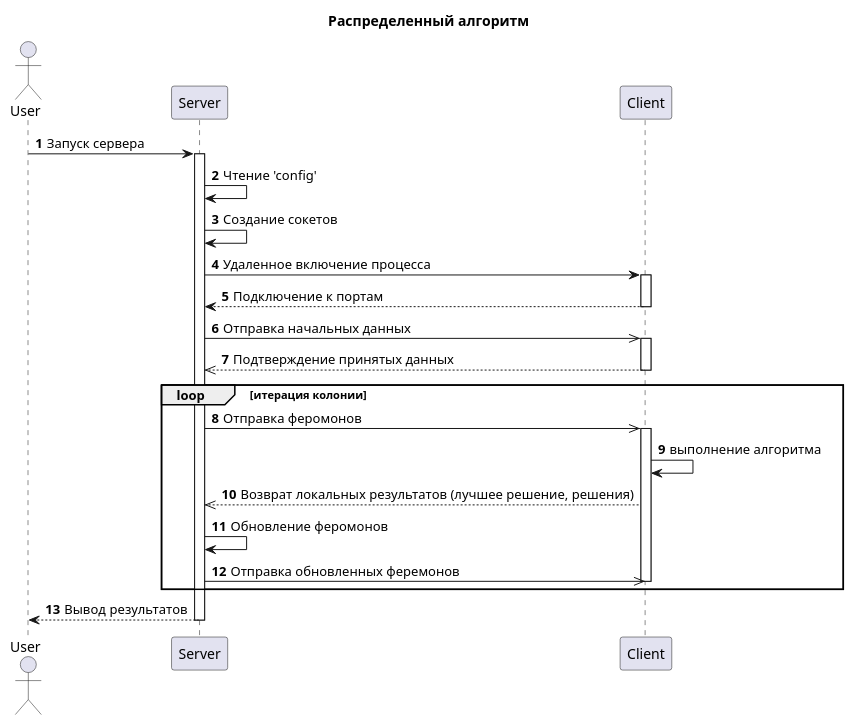
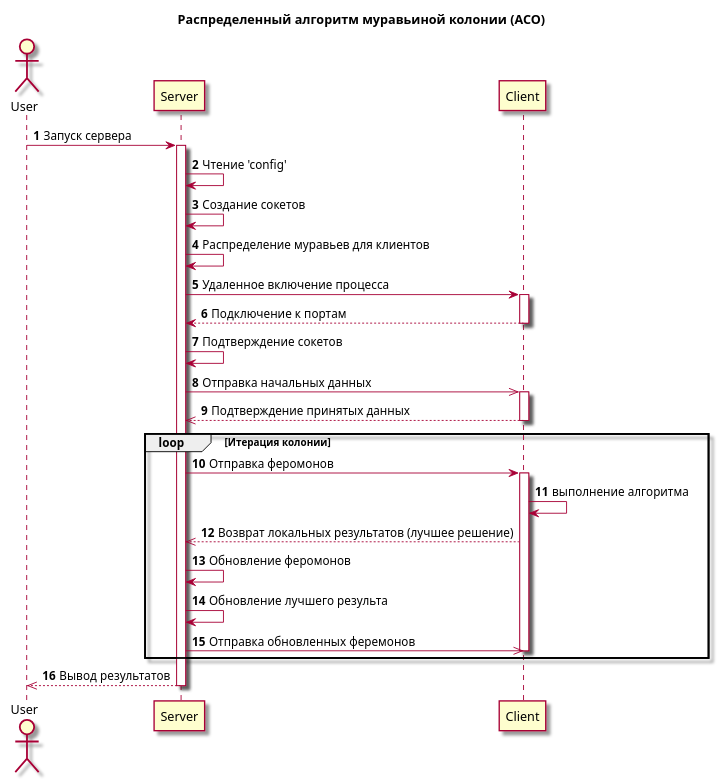
Before and after one commit to MyfirstAcc/AntDist: the diagram in SequenceDiagram.wsd, drawn with PlantUML. The commit also changed 1 other file, not shown here.

Commit message:
Updating seq diagram. Adding Class diagram.

```diff
--- a/SequenceDiagram.wsd
+++ b/SequenceDiagram.wsd
@@ -1,38 +1,44 @@
  @startuml ElDoc
 
 autonumber
-title Распределенный алгоритм
+skin rose
+scale 0.9
+title Распределенный алгоритм муравьиной колонии (ACO)
 actor User
 participant Server
 participant Client
 
 User -> Server : Запуск сервера
 activate Server
 Server -> Server : Чтение 'сonfig'
 Server -> Server : Создание сокетов
+Server -> Server : Распределение муравьев для клиентов
 Server -> Client : Удаленное включение процесса
 activate Client
 
 Client --> Server : Подключение к портам
 deactivate Client
+
+Server -> Server : Подтверждение сокетов
 
 Server ->> Client: Отправка начальных данных
 activate Client
 
 Client -->> Server: Подтверждение принятых данных
 deactivate Client
 
 
-loop итерация колонии
-Server ->> Client: Отправка феромонов
+loop Итерация колонии
+Server -> Client: Отправка феромонов
 activate Client
 Client -> Client: выполнение алгоритма
-Client -->> Server: Возврат локальных результатов (лучшее решение, решения)
+Client -->> Server: Возврат локальных результатов (лучшее решение)
 Server -> Server: Обновление феромонов
+Server -> Server: Обновление лучшего результа
 Server ->> Client: Отправка обновленных феремонов
 deactivate Client
 end
 
-Server --> User : Вывод результатов
+Server -->> User : Вывод результатов
 deactivate Server
 @enduml
```
